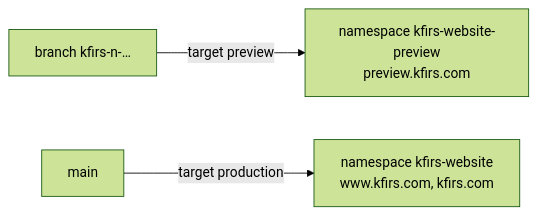
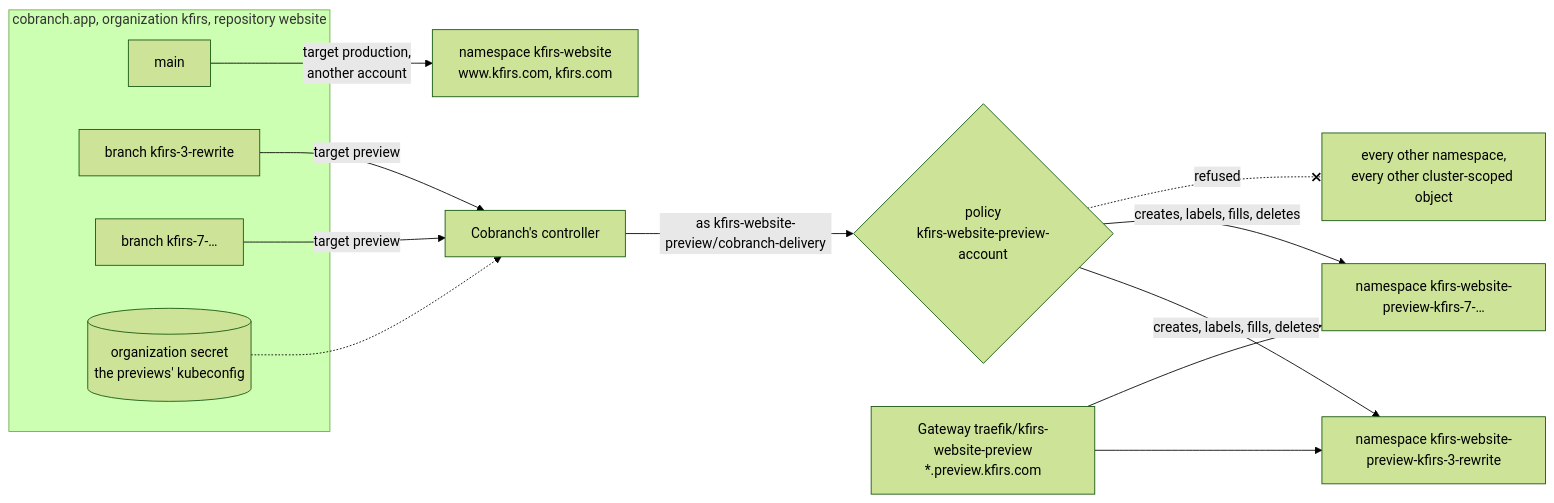
One commit to arikkfir-org/delivery changed the second of 2 diagrams in docs/delivery/designs/kfirs-website.md. Above: the diagram before and after it, drawn with Mermaid (forest theme). The commit also changed other lines of this file and 12 other files, not shown here.

First line of the commit message:
feat(kfirs-website): give each branch of the website its own preview

````diff
--- a/docs/delivery/designs/kfirs-website.md
+++ b/docs/delivery/designs/kfirs-website.md
@@ -63,5 +53,18 @@
 ```mermaid
 flowchart LR
-  B["branch kfirs-n-…"] -->|"target preview"| P["namespace kfirs-website-preview<br/>preview.kfirs.com"]
-  M["main"] -->|"target production"| W["namespace kfirs-website<br/>www.kfirs.com, kfirs.com"]
+  subgraph cb["cobranch.app, organization kfirs, repository website"]
+    M["main"]
+    B1["branch kfirs-3-rewrite"]
+    B2["branch kfirs-7-…"]
+    SEC[("organization secret<br/>the previews' kubeconfig")]
+  end
+  CTRL["Cobranch's controller"]
+  B1 & B2 -->|"target preview"| CTRL
+  SEC -.-> CTRL
+  CTRL -->|"as kfirs-website-preview/cobranch-delivery"| ADM{"policy<br/>kfirs-website-preview-account"}
+  ADM -->|"creates, labels, fills, deletes"| N1["namespace kfirs-website-preview-kfirs-3-rewrite"]
+  ADM -->|"creates, labels, fills, deletes"| N2["namespace kfirs-website-preview-kfirs-7-…"]
+  ADM -.-x|"refused"| X["every other namespace,<br/>every other cluster-scoped object"]
+  GW["Gateway traefik/kfirs-website-preview<br/>*.preview.kfirs.com"] --> N1 & N2
+  M -->|"target production,<br/>another account"| W["namespace kfirs-website<br/>www.kfirs.com, kfirs.com"]
 ```
````
